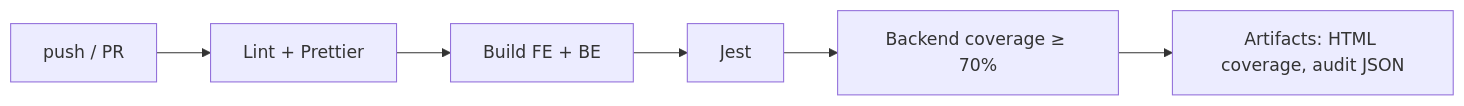
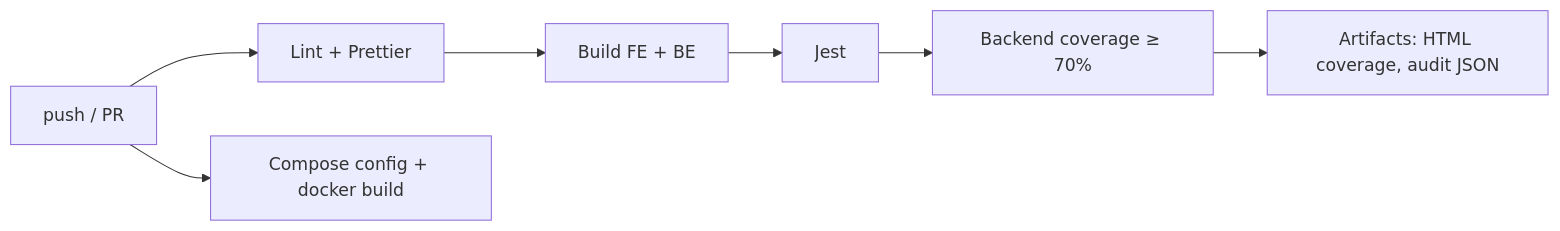
One commit to Krepto-vlad/Krepton-Analitics changed the diagram in Docs/diploma/thesis/docs/02-technical/criteria/cicd.md. Above: the diagram before and after it, drawn with Mermaid. The commit also changed other lines of this file and 18 other files, not shown here.

````diff
--- a/Docs/diploma/thesis/docs/02-technical/criteria/cicd.md
+++ b/Docs/diploma/thesis/docs/02-technical/criteria/cicd.md
@@ -45,8 +46,9 @@
 ```mermaid
 flowchart LR
   push[push / PR] --> lint[Lint + Prettier]
   lint --> build[Build FE + BE]
   build --> test[Jest]
   test --> cov[Backend coverage ≥ 70%]
   cov --> art[Artifacts: HTML coverage, audit JSON]
+  push --> docker[Compose config + docker build]
 ```
````
